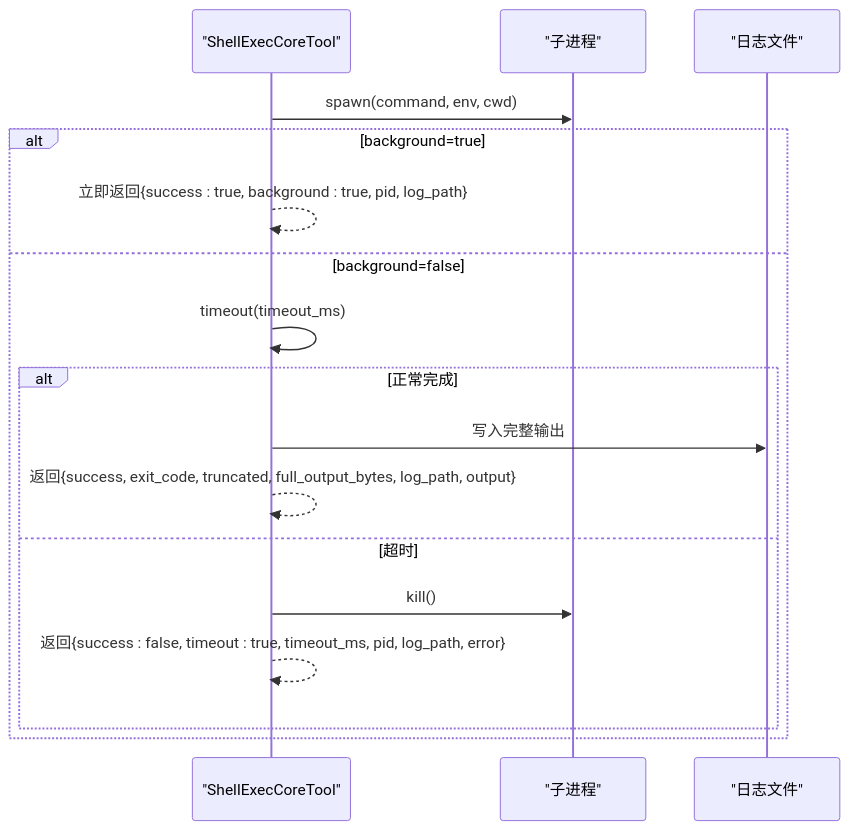
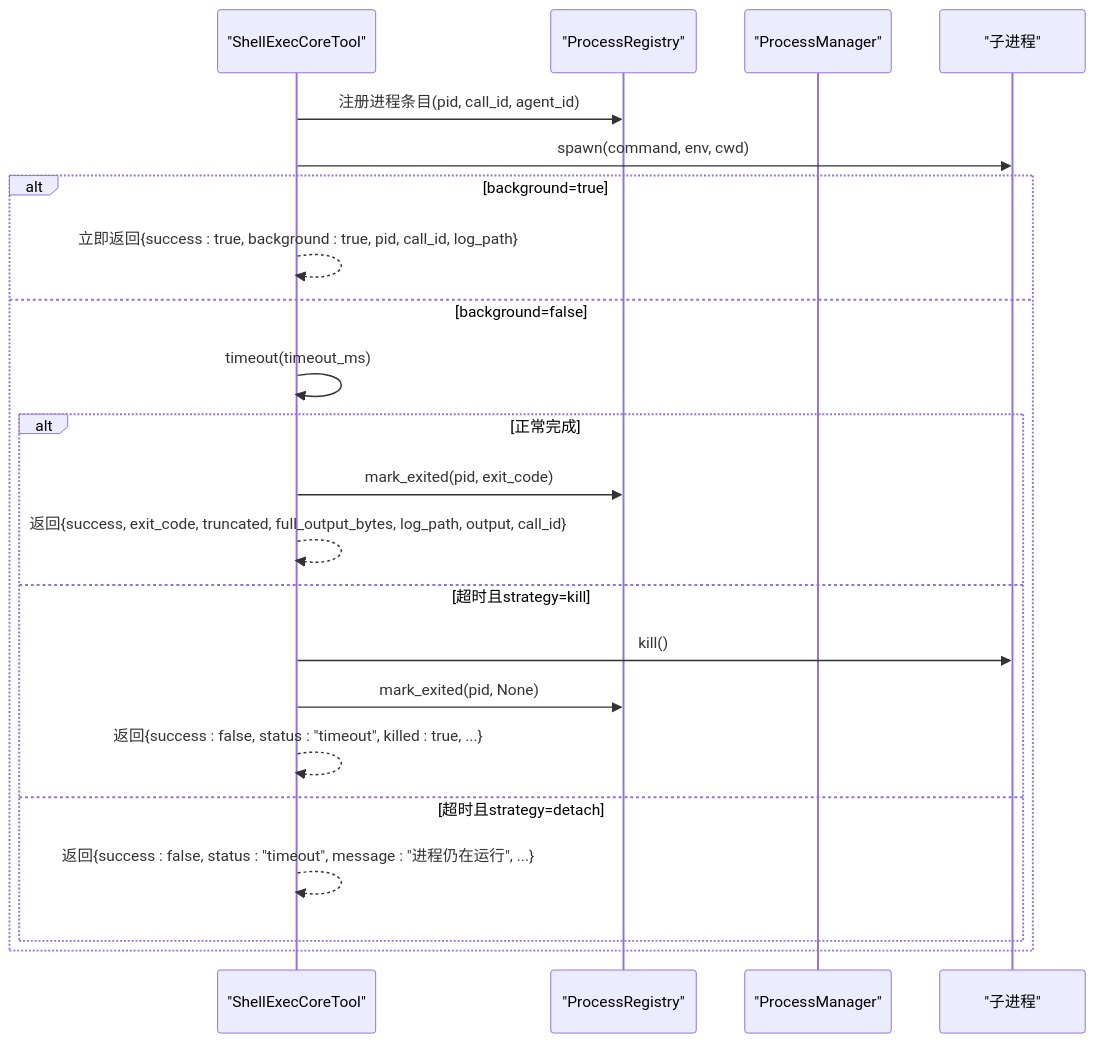
Before and after one commit to runningcoders/ai_orz: the fifth of 8 diagrams in .qoder/repowiki/zh/content/功能模块/工具生态系统/内置工具集/Shell 执行工具.md, drawn with Mermaid. The commit also changed other lines of this file and 299 other files, not shown here.

````diff
--- a/.qoder/repowiki/zh/content/功能模块/工具生态系统/内置工具集/Shell 执行工具.md
+++ b/.qoder/repowiki/zh/content/功能模块/工具生态系统/内置工具集/Shell 执行工具.md
@@ -151,19 +195,24 @@
 ```mermaid
 sequenceDiagram
 participant T as "ShellExecCoreTool"
+participant PR as "ProcessRegistry"
+participant PM as "ProcessManager"
 participant P as "子进程"
-participant L as "日志文件"
+T->>PR : 注册进程条目(pid, call_id, agent_id)
 T->>P : spawn(command, env, cwd)
 alt background=true
-T-->>T : 立即返回{success : true, background : true, pid, log_path}
+T-->>T : 立即返回{success : true, background : true, pid, call_id, log_path}
 else background=false
 T->>T : timeout(timeout_ms)
 alt 正常完成
-T->>L : 写入完整输出
-T-->>T : 返回{success, exit_code, truncated, full_output_bytes, log_path, output}
-else 超时
+T->>PR : mark_exited(pid, exit_code)
+T-->>T : 返回{success, exit_code, truncated, full_output_bytes, log_path, output, call_id}
+else 超时且strategy=kill
 T->>P : kill()
-T-->>T : 返回{success : false, timeout : true, timeout_ms, pid, log_path, error}
+T->>PR : mark_exited(pid, None)
+T-->>T : 返回{success : false, status : "timeout", killed : true, ...}
+else 超时且strategy=detach
+T-->>T : 返回{success : false, status : "timeout", message : "进程仍在运行", ...}
 end
 end
 ```
````
